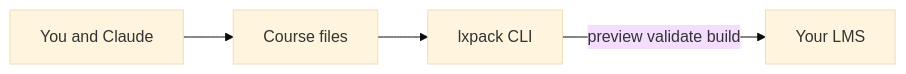
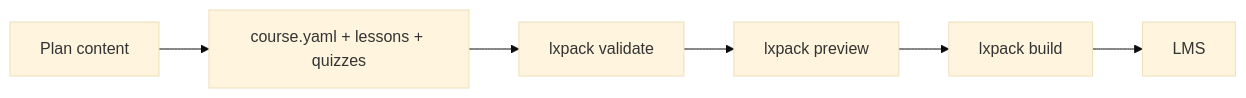
The diagram in docs/index.md (eddiethedean/lxpack), drawn with Mermaid (base theme) before and after one commit. The commit also changed other lines of this file and 37 other files, not shown here.

````diff
--- a/docs/index.md
+++ b/docs/index.md
@@ -28,10 +47,10 @@
 ```mermaid
 flowchart LR
-  author[You and Claude]
-  files[Course files]
-  cli[lxpack CLI]
-  lms[Your LMS]
-  author --> files
-  files --> cli
-  cli -->|preview validate build| lms
+  plan[Plan content]
+  files[course.yaml + lessons + quizzes]
+  validate[lxpack validate]
+  preview[lxpack preview]
+  build[lxpack build]
+  lms[LMS]
+  plan --> files --> validate --> preview --> build --> lms
 ```
````
